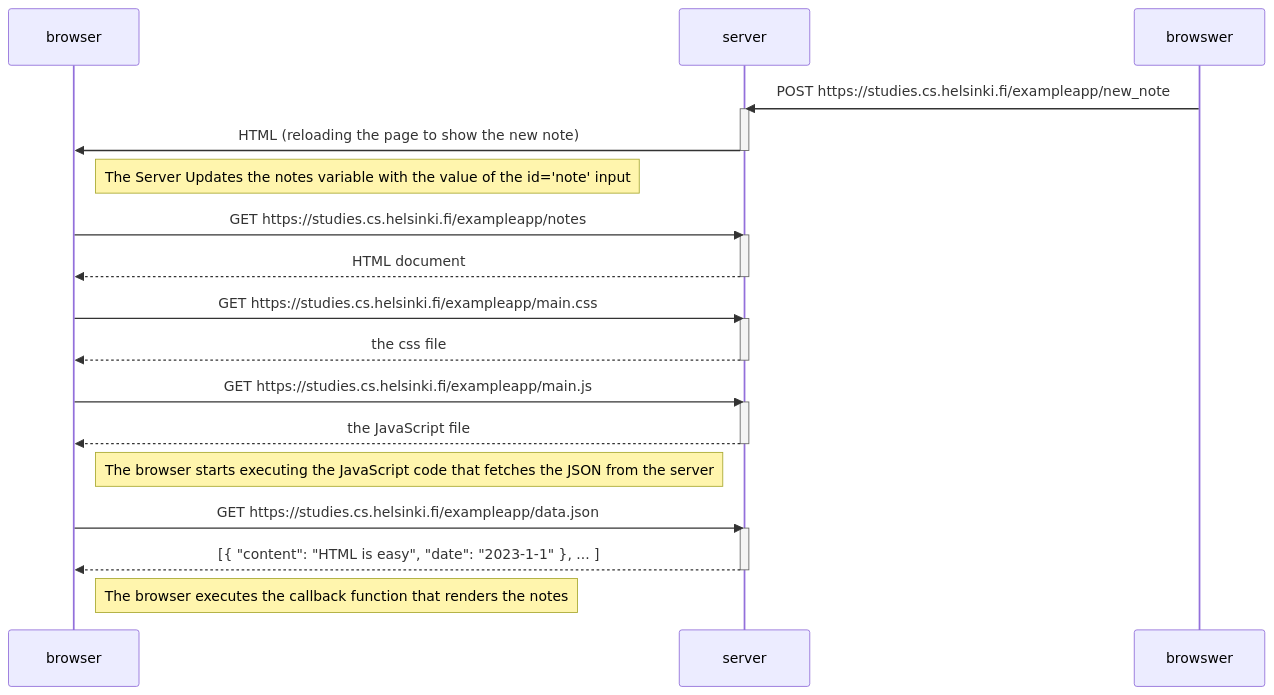
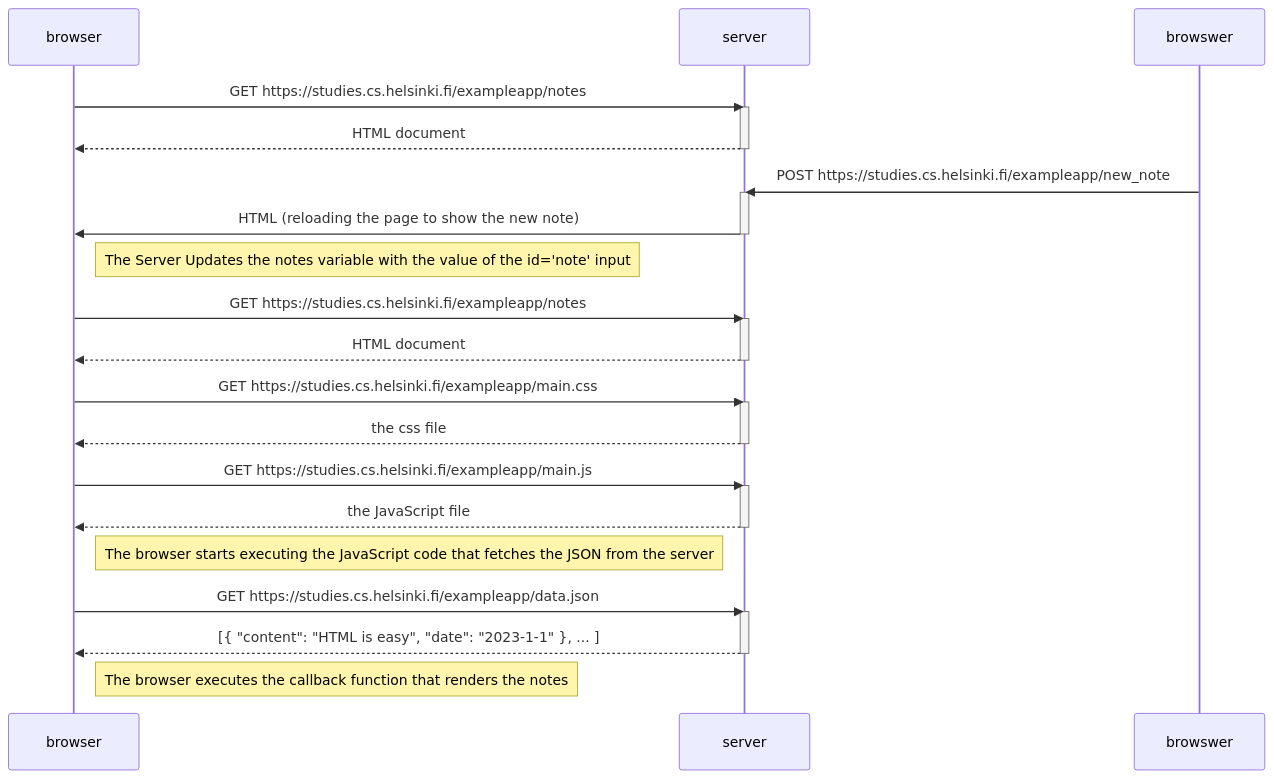
Before and after one commit to aeronjay/FSO-Submissions: the diagram in part0/0.4-NewNoteDiagram.md, drawn with Mermaid.

````diff
--- a/part0/0.4-NewNoteDiagram.md
+++ b/part0/0.4-NewNoteDiagram.md
@@ -1,37 +1,42 @@
 ```mermaid
 sequenceDiagram
     participant browser
     participant server
+
+    browser->>server: GET https://studies.cs.helsinki.fi/exampleapp/notes
+    activate server
+    server-->>browser: HTML document
+    deactivate server
 
     browswer->>server: POST https://studies.cs.helsinki.fi/exampleapp/new_note
     activate server
     server->>browser: HTML (reloading the page to show the new note)
     deactivate server
 
     Note right of browser: The Server Updates the notes variable with the value of the id='note' input
     
 
     browser->>server: GET https://studies.cs.helsinki.fi/exampleapp/notes
     activate server
     server-->>browser: HTML document
     deactivate server
 
     browser->>server: GET https://studies.cs.helsinki.fi/exampleapp/main.css
     activate server
     server-->>browser: the css file
     deactivate server
 
     browser->>server: GET https://studies.cs.helsinki.fi/exampleapp/main.js
     activate server
     server-->>browser: the JavaScript file
     deactivate server
 
     Note right of browser: The browser starts executing the JavaScript code that fetches the JSON from the server
 
     browser->>server: GET https://studies.cs.helsinki.fi/exampleapp/data.json
     activate server
     server-->>browser: [{ "content": "HTML is easy", "date": "2023-1-1" }, ... ]
     deactivate server
 
     Note right of browser: The browser executes the callback function that renders the notes
 ```
````
